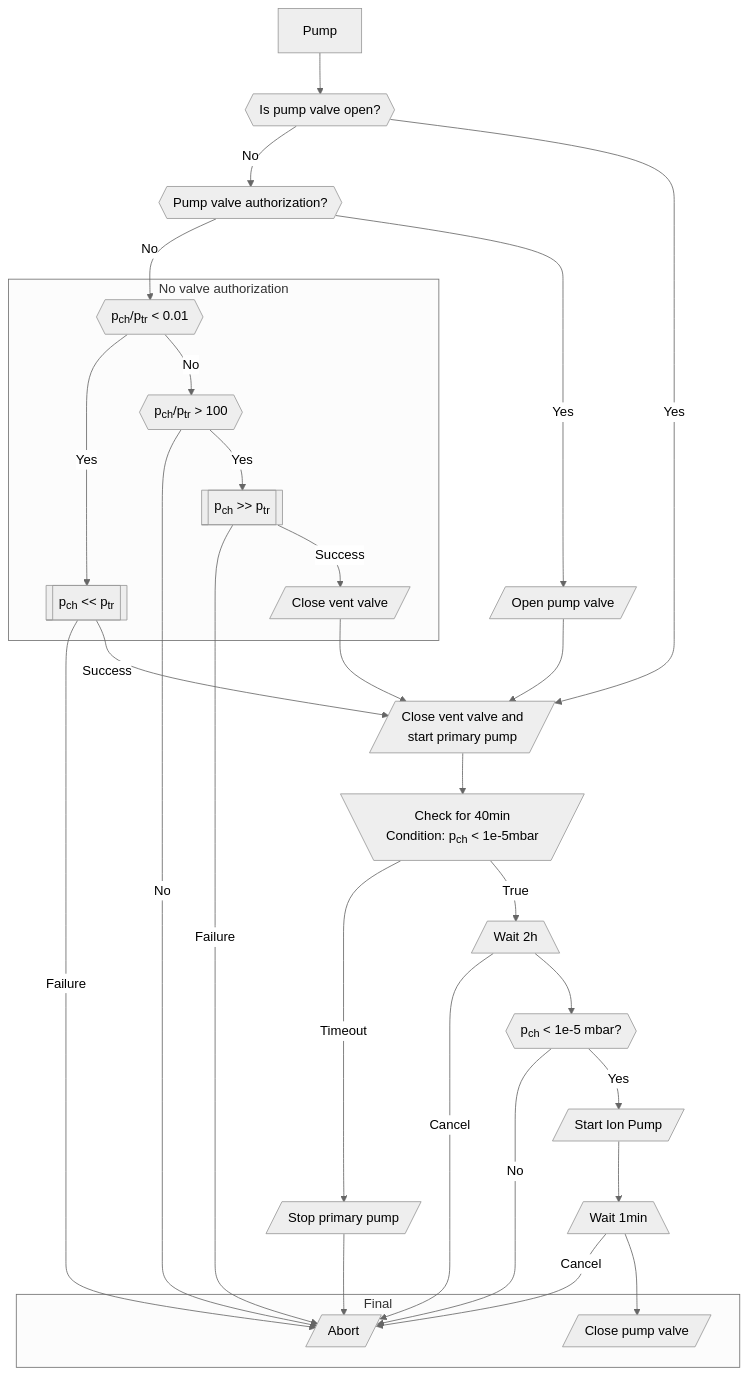
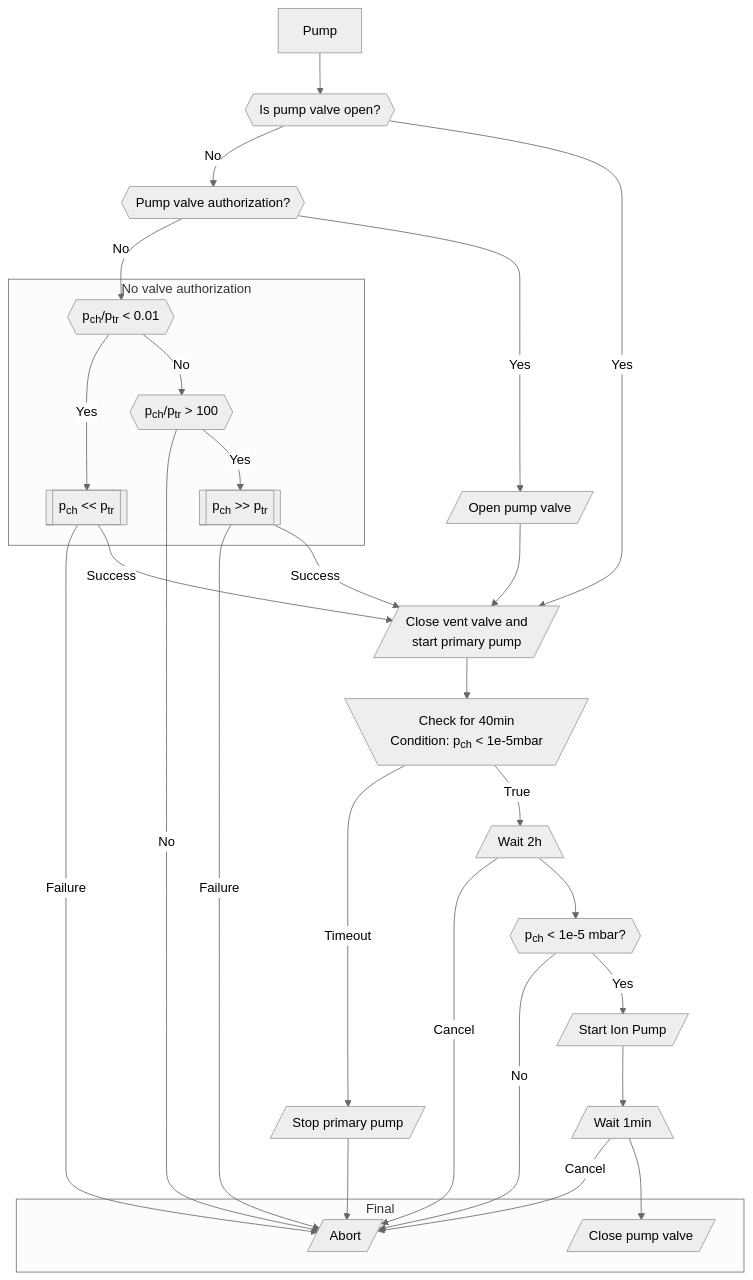
Before and after one commit to parkourlrc/pcb-trappitsch--cryostorage-42fec10e6a: the eighth of 11 diagrams in docs/src/workflows.md, drawn with Mermaid (neutral theme). The commit also changed other lines of this file and 5 other files, not shown here.

````diff
--- a/docs/src/workflows.md
+++ b/docs/src/workflows.md
@@ -210,44 +211,43 @@
 ```mermaid
   flowchart TD
     T[Pump] --> IsOP
     IsOP{{Is pump valve open?}} -->|No| OPAuth
     OPAuth{{Pump valve authorization?}}
     OPAuth -->|No| PCL
     OPAuth -->|Yes| OP
     OP[/Open pump valve/]
     OP --> PP
     IsOP -->|Yes| PP
     PP[/"Close vent valve and
          start primary pump"/] --> PCHK
     PCHK[\"Check for 40min 
         Condition: p<sub>ch</sub> < 1e-5mbar"/]
     PCHK -->|Timeout| StPP[/Stop primary pump/] --> Err
     PCHK -->|True| IPTIM
     IPTIM --> |Cancel| Err
     IPTIM[/Wait 2h\] --> IPPcheck
     IPPcheck{{p<sub>ch</sub> < 1e-5 mbar?}} -->|No| Err
     IPPcheck -->|Yes| IP
     IP[/Start Ion Pump/] -->
     ValveTim --> |Cancel| Err
     ValveTim[/Wait 1min\] --> Valve
 
     subgraph Level3 [Final]
       Valve[/Close pump valve/]
       Err[/Abort/]
     end
 
     subgraph Level2 [No valve authorization]
       %% Branch where pch << ptr
       PCL{{p<sub>ch</sub>/p<sub>tr</sub> < 0.01}} -->|Yes| PCLW
       %% Branch where pch >> ptr
       PCL -->|No| PCH{{p<sub>ch</sub>/p<sub>tr</sub> > 100}} 
       PCH -->|No| Err
       PCH -->|Yes| PCHW
       PCHW[[p<sub>ch</sub> >> p<sub>tr</sub>]]
-      CVV[/Close vent valve/]
     end
     PCLW -->|Failure| Err
     PCLW[[p<sub>ch</sub> << p<sub>tr</sub>]] -->|Success| PP
     PCHW -->|Failure| Err
-    PCHW -->|Success| CVV --> PP 
+    PCHW -->|Success| PP
 ```
````
